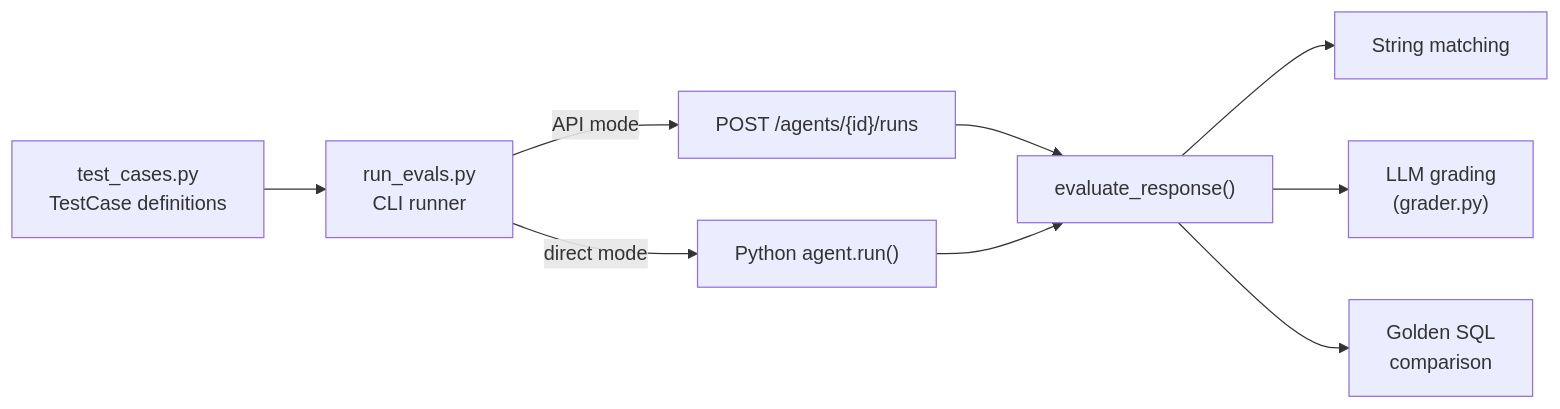
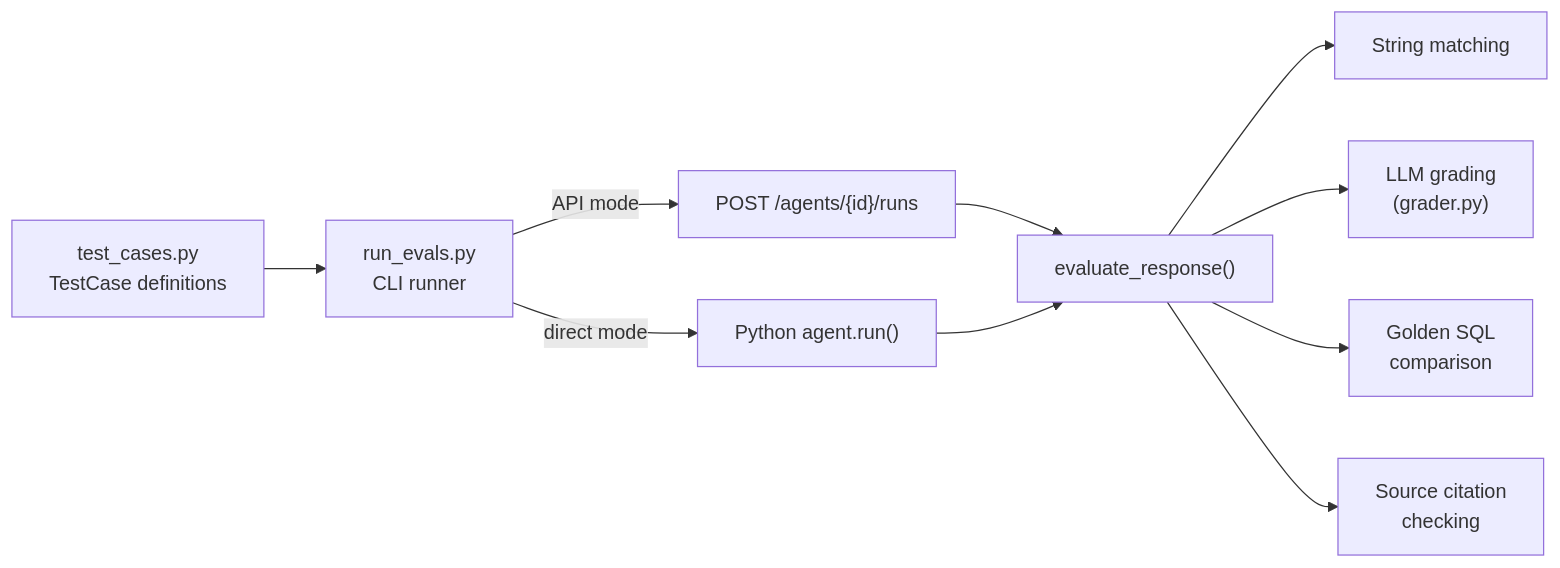
One commit to jrmatherly/agno-apollos changed the fifth of 5 diagrams in docs/reference/code-map.mdx. Above: the diagram before and after it, drawn with Mermaid. The commit also changed other lines of this file and 7 other files, not shown here.

````diff
--- a/docs/reference/code-map.mdx
+++ b/docs/reference/code-map.mdx
@@ -212,11 +213,12 @@
 ```mermaid
 graph LR
     TC["test_cases.py<br/>TestCase definitions"] --> RUN["run_evals.py<br/>CLI runner"]
     RUN -->|API mode| API["POST /agents/{id}/runs"]
     RUN -->|direct mode| AGENT["Python agent.run()"]
     API --> EVAL["evaluate_response()"]
     AGENT --> EVAL
     EVAL --> STR["String matching"]
     EVAL --> LLM["LLM grading<br/>(grader.py)"]
     EVAL --> SQL["Golden SQL<br/>comparison"]
+    EVAL --> SRC["Source citation<br/>checking"]
 ```
````
